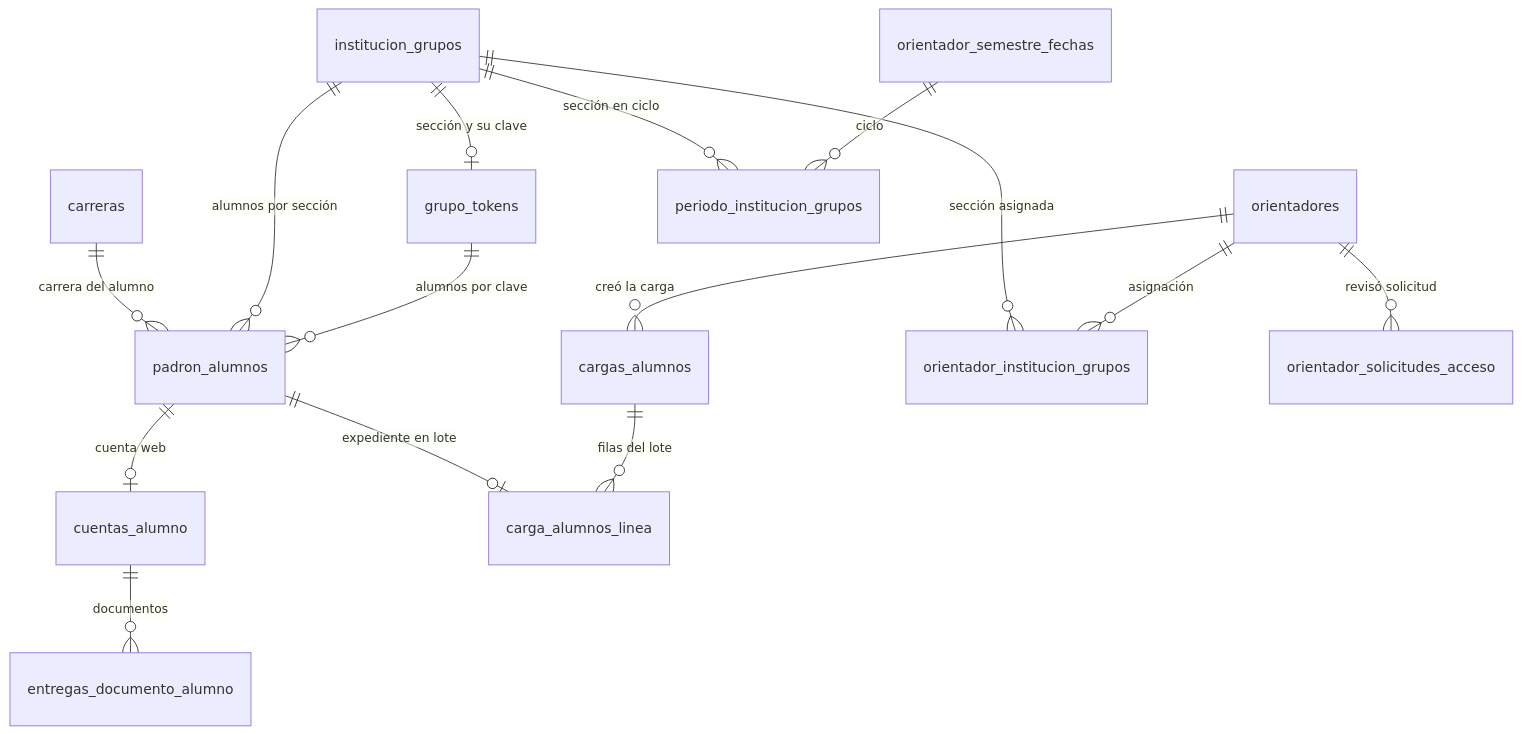
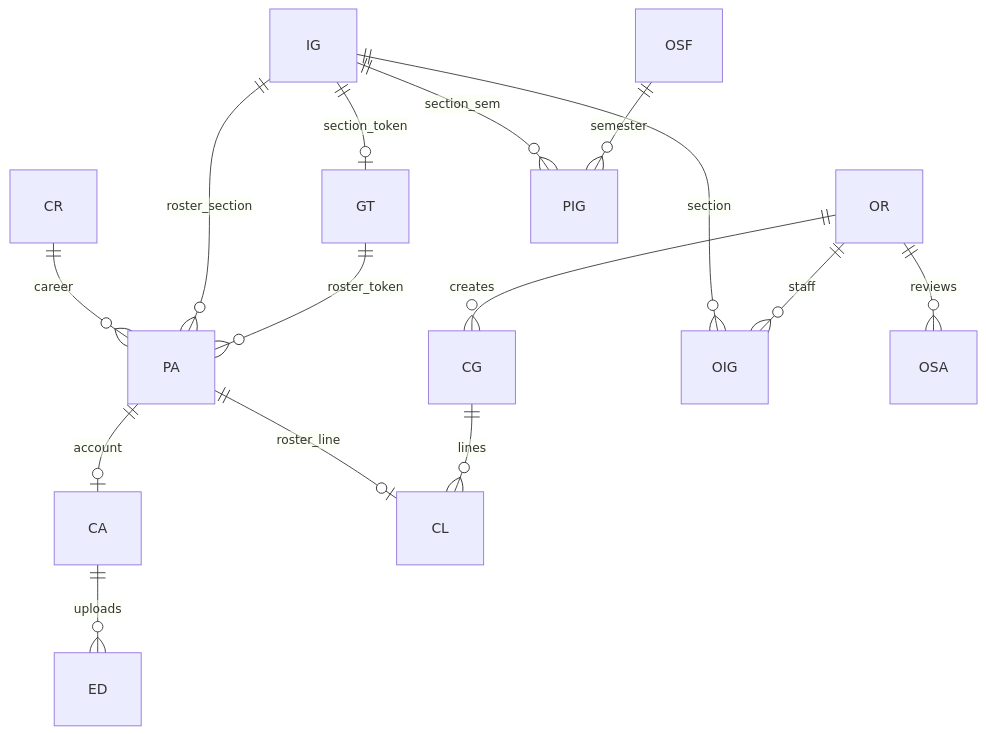
The first of 3 diagrams in prueba.md (SupremCuervo/SUBIR-A-GITHUB-AUTO), drawn with Mermaid before and after one commit. The commit also changed other lines of this file, not shown here.

````diff
--- a/prueba.md
+++ b/prueba.md
@@ -17,17 +19,17 @@
 ```mermaid
 erDiagram
-	institucion_grupos ||--o| grupo_tokens : "sección y su clave"
-	grupo_tokens ||--o{ padron_alumnos : "alumnos por clave"
-	institucion_grupos ||--o{ padron_alumnos : "alumnos por sección"
-	carreras ||--o{ padron_alumnos : "carrera del alumno"
-	padron_alumnos ||--o| cuentas_alumno : "cuenta web"
-	cuentas_alumno ||--o{ entregas_documento_alumno : "documentos"
-	orientadores ||--o{ cargas_alumnos : "creó la carga"
-	cargas_alumnos ||--o{ carga_alumnos_linea : "filas del lote"
-	padron_alumnos ||--o| carga_alumnos_linea : "expediente en lote"
-	orientadores ||--o{ orientador_institucion_grupos : "asignación"
-	institucion_grupos ||--o{ orientador_institucion_grupos : "sección asignada"
-	orientador_semestre_fechas ||--o{ periodo_institucion_grupos : "ciclo"
-	institucion_grupos ||--o{ periodo_institucion_grupos : "sección en ciclo"
-	orientadores ||--o{ orientador_solicitudes_acceso : "revisó solicitud"
+    IG ||--o| GT : section_token
+    GT ||--o{ PA : roster_token
+    IG ||--o{ PA : roster_section
+    CR ||--o{ PA : career
+    PA ||--o| CA : account
+    CA ||--o{ ED : uploads
+    OR ||--o{ CG : creates
+    CG ||--o{ CL : lines
+    PA ||--o| CL : roster_line
+    OR ||--o{ OIG : staff
+    IG ||--o{ OIG : section
+    OSF ||--o{ PIG : semester
+    IG ||--o{ PIG : section_sem
+    OR ||--o{ OSA : reviews
 ```
````
